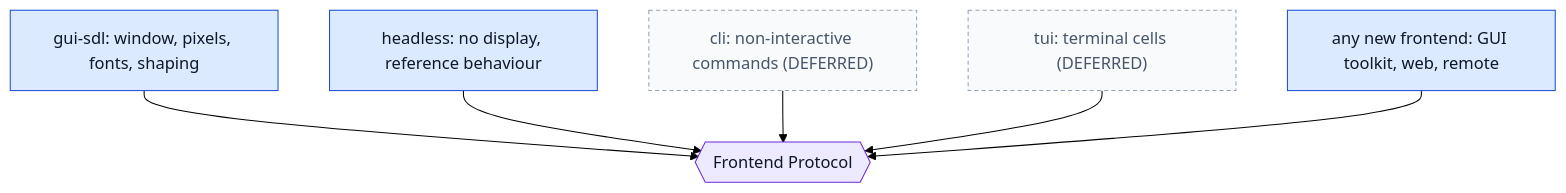
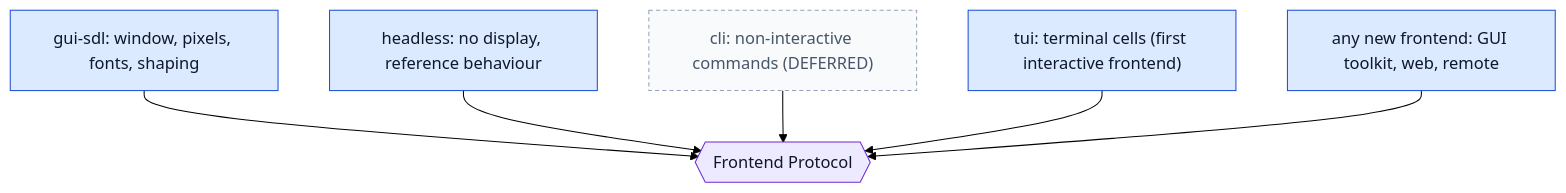
Before and after one commit to cdin-editor/spec: the first of 2 diagrams in docs/components/frontend.md, drawn with Mermaid (forest theme). The commit also changed other lines of this file and 45 other files, not shown here.

First line of the commit message:
docs(spec): synchronize Kernel contract and finalize Frontend architecture

````diff
--- a/docs/components/frontend.md
+++ b/docs/components/frontend.md
@@ -17,20 +17,21 @@
 ```mermaid
 flowchart TB
     PROTO{{"Frontend Protocol"}}
     GUI["gui-sdl: window, pixels, fonts, shaping"]
     HL["headless: no display, reference behaviour"]
     CLI["cli: non-interactive commands (DEFERRED)"]
-    TUI["tui: terminal cells (DEFERRED)"]
+    TUI["tui: terminal cells (first interactive frontend)"]
     NEW["any new frontend: GUI toolkit, web, remote"]
     GUI --> PROTO
     HL --> PROTO
     CLI --> PROTO
     TUI --> PROTO
     NEW --> PROTO
     classDef comp fill:#dbeafe,stroke:#1d4ed8,color:#0f172a
     classDef contract fill:#ede9fe,stroke:#6d28d9,color:#0f172a
     classDef later fill:#f8fafc,stroke:#94a3b8,color:#475569,stroke-dasharray:4 3
     class GUI,HL,NEW comp
     class PROTO contract
-    class CLI,TUI later
+    class CLI later
+    class TUI comp
 ```
````
